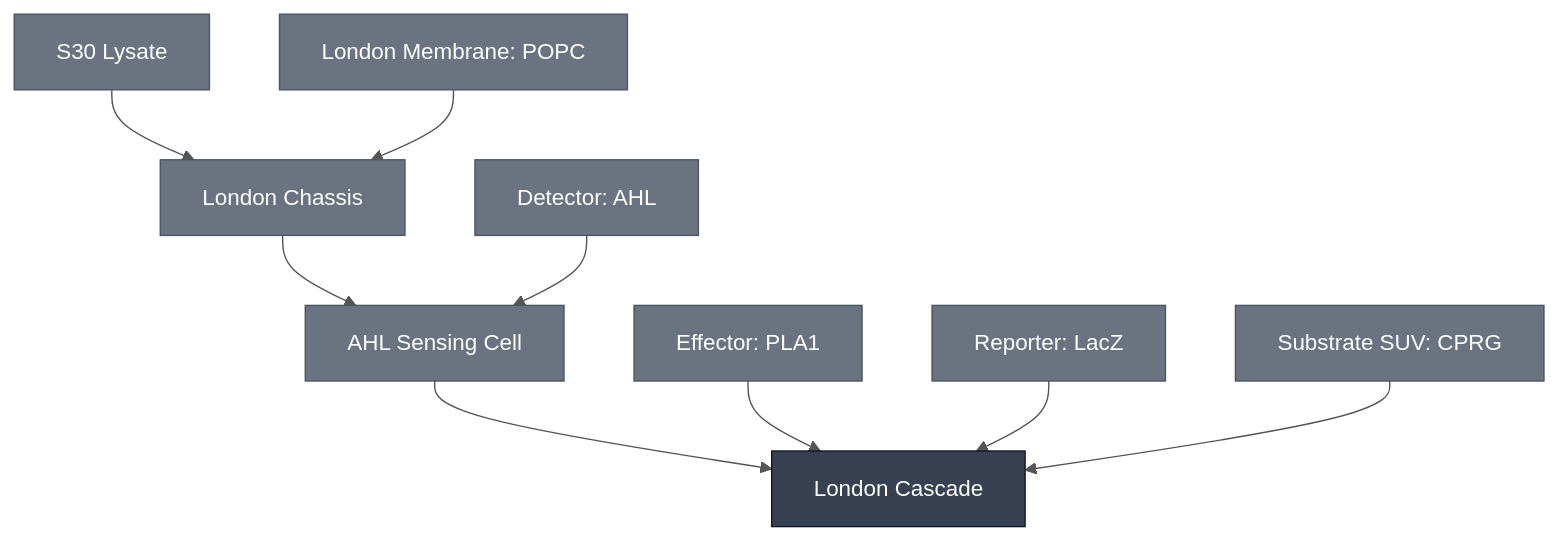
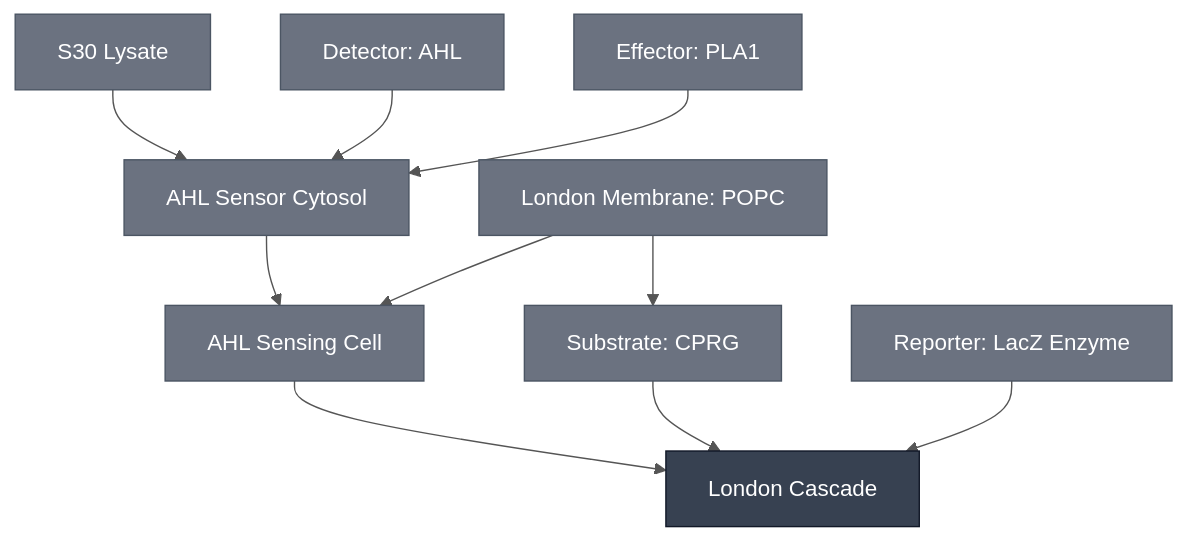
The diagram in docs/modules/london-cascade/spec.md (nucleus-eng/nucleus-docs), drawn with Mermaid before and after one commit. The commit also changed other lines of this file, not shown here.

First line of the commit message:
Move the London Cascade off SUVs and give it its combining ratio

````diff
--- a/docs/modules/london-cascade/spec.md
+++ b/docs/modules/london-cascade/spec.md
@@ -25,37 +25,38 @@
 ```mermaid
 %%{init: {'theme': 'base', 'themeVariables': {'lineColor': '#555555', 'edgeLabelBackground': '#ffffff'}}}%%
 flowchart TD
     AHL_SENSING_CELL["AHL Sensing Cell"]
+    AHL_SENSOR_CYTOSOL["AHL Sensor Cytosol"]
     DETECTOR_3OC6_HSL["Detector: AHL"]
     EFFECTOR_PLA1["Effector: PLA1"]
     LONDON_CASCADE["London Cascade"]
-    LONDON_CHASSIS["London Chassis"]
     MEMBRANE_POPC["London Membrane: POPC"]
-    REPORTER_LACZ["Reporter: LacZ"]
+    REPORTER_LACZ_ENZYME["Reporter: LacZ Enzyme"]
     S30_LYSATE["S30 Lysate"]
-    SUBSTRATE_CPRG_SUV["Substrate SUV: CPRG"]
+    SUBSTRATE_CPRG["Substrate: CPRG"]
 
-    LONDON_CHASSIS --> AHL_SENSING_CELL
-    DETECTOR_3OC6_HSL --> AHL_SENSING_CELL
+    S30_LYSATE --> AHL_SENSOR_CYTOSOL
+    DETECTOR_3OC6_HSL --> AHL_SENSOR_CYTOSOL
+    EFFECTOR_PLA1 --> AHL_SENSOR_CYTOSOL
+    AHL_SENSOR_CYTOSOL --> AHL_SENSING_CELL
+    MEMBRANE_POPC --> AHL_SENSING_CELL
+    MEMBRANE_POPC --> SUBSTRATE_CPRG
     AHL_SENSING_CELL --> LONDON_CASCADE
-    EFFECTOR_PLA1 --> LONDON_CASCADE
-    REPORTER_LACZ --> LONDON_CASCADE
-    SUBSTRATE_CPRG_SUV --> LONDON_CASCADE
-    S30_LYSATE --> LONDON_CHASSIS
-    MEMBRANE_POPC --> LONDON_CHASSIS
+    SUBSTRATE_CPRG --> LONDON_CASCADE
+    REPORTER_LACZ_ENZYME --> LONDON_CASCADE
 
     classDef constituent fill:#6B7280,color:#ffffff,stroke:#4B5563;
     classDef this fill:#374151,color:#ffffff,stroke:#111827;
-    class AHL_SENSING_CELL,DETECTOR_3OC6_HSL,EFFECTOR_PLA1,LONDON_CHASSIS,MEMBRANE_POPC,REPORTER_LACZ,S30_LYSATE,SUBSTRATE_CPRG_SUV constituent;
+    class AHL_SENSING_CELL,AHL_SENSOR_CYTOSOL,DETECTOR_3OC6_HSL,EFFECTOR_PLA1,MEMBRANE_POPC,REPORTER_LACZ_ENZYME,S30_LYSATE,SUBSTRATE_CPRG constituent;
     class LONDON_CASCADE this;
 
     click AHL_SENSING_CELL "/docs/modules/ahl-sensing-cell/spec"
+    click AHL_SENSOR_CYTOSOL "/docs/modules/ahl-sensor-cytosol/spec"
     click DETECTOR_3OC6_HSL "/docs/modules/detector-3oc6-hsl/spec"
     click EFFECTOR_PLA1 "/docs/modules/effector-pla1/spec"
     click LONDON_CASCADE "/docs/modules/london-cascade/spec"
-    click LONDON_CHASSIS "/docs/modules/london-chassis/spec"
     click MEMBRANE_POPC "/docs/modules/membrane-popc/spec"
-    click REPORTER_LACZ "/docs/modules/reporter-lacz/spec"
+    click REPORTER_LACZ_ENZYME "/docs/modules/reporter-lacz-enzyme/spec"
     click S30_LYSATE "/docs/modules/s30-lysate/spec"
-    click SUBSTRATE_CPRG_SUV "/docs/modules/substrate-cprg-suv/spec"
+    click SUBSTRATE_CPRG "/docs/modules/substrate-cprg/spec"
 ```
````
